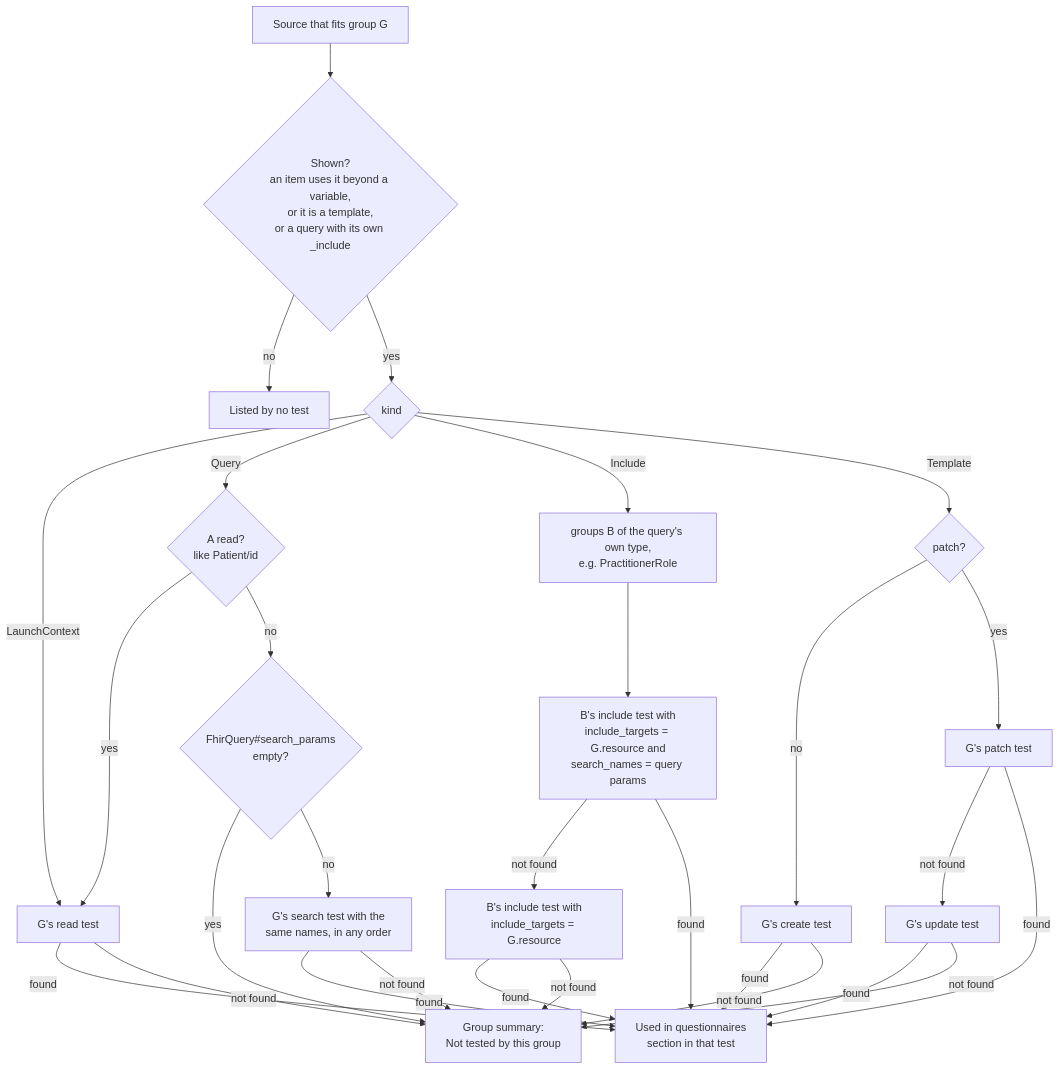
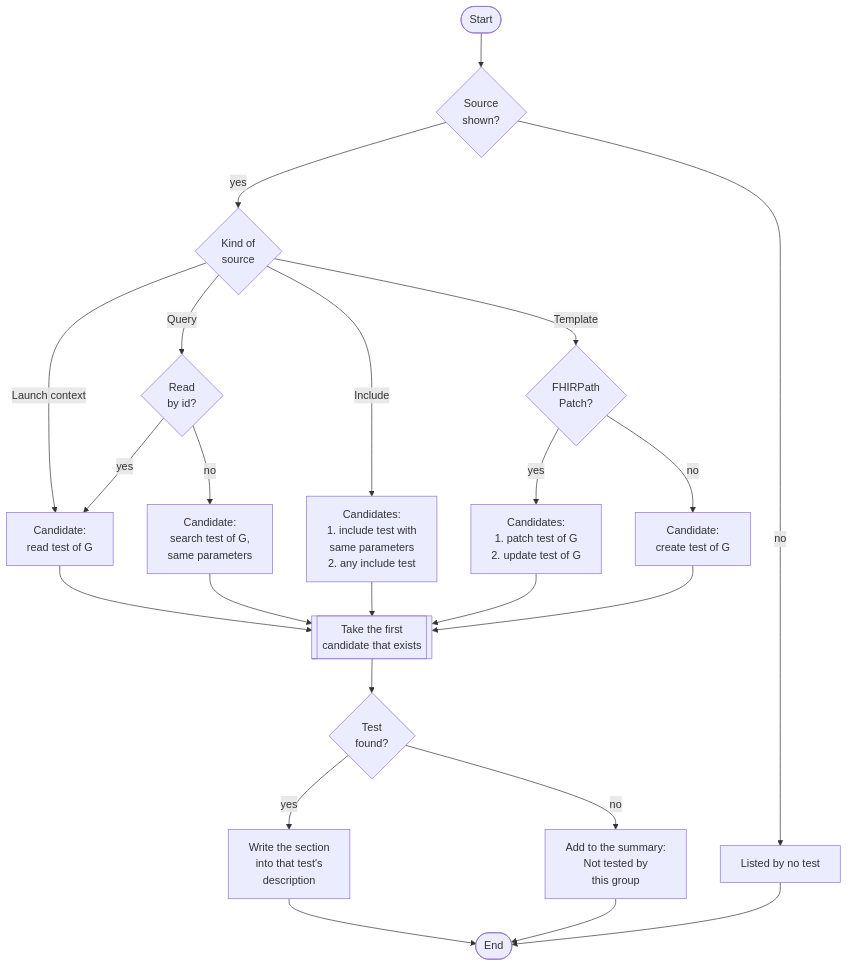
The fourth of 5 diagrams in documentation/questionnaire_usage_tracing.md (hl7au/inferno_suite_generator), drawn with Mermaid before and after one commit. The commit also changed other lines of this file, not shown here.

````diff
--- a/documentation/questionnaire_usage_tracing.md
+++ b/documentation/questionnaire_usage_tracing.md
@@ -147,36 +413,25 @@
 ```mermaid
 flowchart TD
-    entry["Source that fits group G"] --> shown{"Shown?<br/>an item uses it beyond a variable,<br/>or it is a template,<br/>or a query with its own _include"}
+    start([Start]) --> shown{"Source<br/>shown?"}
+    shown -- yes --> kind{"Kind of<br/>source"}
     shown -- no --> hidden["Listed by no test"]
-    shown -- yes --> source{"kind"}
-
-    source -- LaunchContext --> read["G's read test"]
-    source -- Query --> isread{"A read?<br/>like Patient/id"}
-    isread -- yes --> read
-    isread -- no --> params{"FhirQuery#search_params<br/>empty?"}
-    params -- yes --> none
-    params -- no --> search["G's search test with the<br/>same names, in any order"]
-
-    source -- Include --> base["groups B of the query's own type,<br/>e.g. PractitionerRole"]
-    base --> exact["B's include test with<br/>include_targets = G.resource and<br/>search_names = query params"]
-    exact -- not found --> anyinc["B's include test with<br/>include_targets = G.resource"]
-
-    source -- Template --> patch{"patch?"}
-    patch -- no --> create["G's create test"]
-    patch -- yes --> patchtest["G's patch test"]
-    patchtest -- not found --> update["G's update test"]
-
-    read -- found --> section["Used in questionnaires<br/>section in that test"]
-    search -- found --> section
-    exact -- found --> section
-    anyinc -- found --> section
-    create -- found --> section
-    patchtest -- found --> section
-    update -- found --> section
-
-    read -- not found --> none["Group summary:<br/>Not tested by this group"]
-    search -- not found --> none
-    anyinc -- not found --> none
-    create -- not found --> none
-    update -- not found --> none
+    kind -- Launch context --> read["Candidate:<br/>read test of G"]
+    kind -- Query --> by_id{"Read<br/>by id?"}
+    kind -- Include --> include["Candidates:<br/>1. include test with<br/>same parameters<br/>2. any include test"]
+    kind -- Template --> patch{"FHIRPath<br/>Patch?"}
+    by_id -- yes --> read
+    by_id -- no --> search["Candidate:<br/>search test of G,<br/>same parameters"]
+    patch -- yes --> update["Candidates:<br/>1. patch test of G<br/>2. update test of G"]
+    patch -- no --> create["Candidate:<br/>create test of G"]
+    read --> take[["Take the first<br/>candidate that exists"]]
+    search --> take
+    include --> take
+    update --> take
+    create --> take
+    take --> found{"Test<br/>found?"}
+    found -- yes --> write["Write the section<br/>into that test's<br/>description"]
+    found -- no --> summary["Add to the summary:<br/>Not tested by<br/>this group"]
+    write --> finish([End])
+    summary --> finish
+    hidden --> finish
 ```
````
